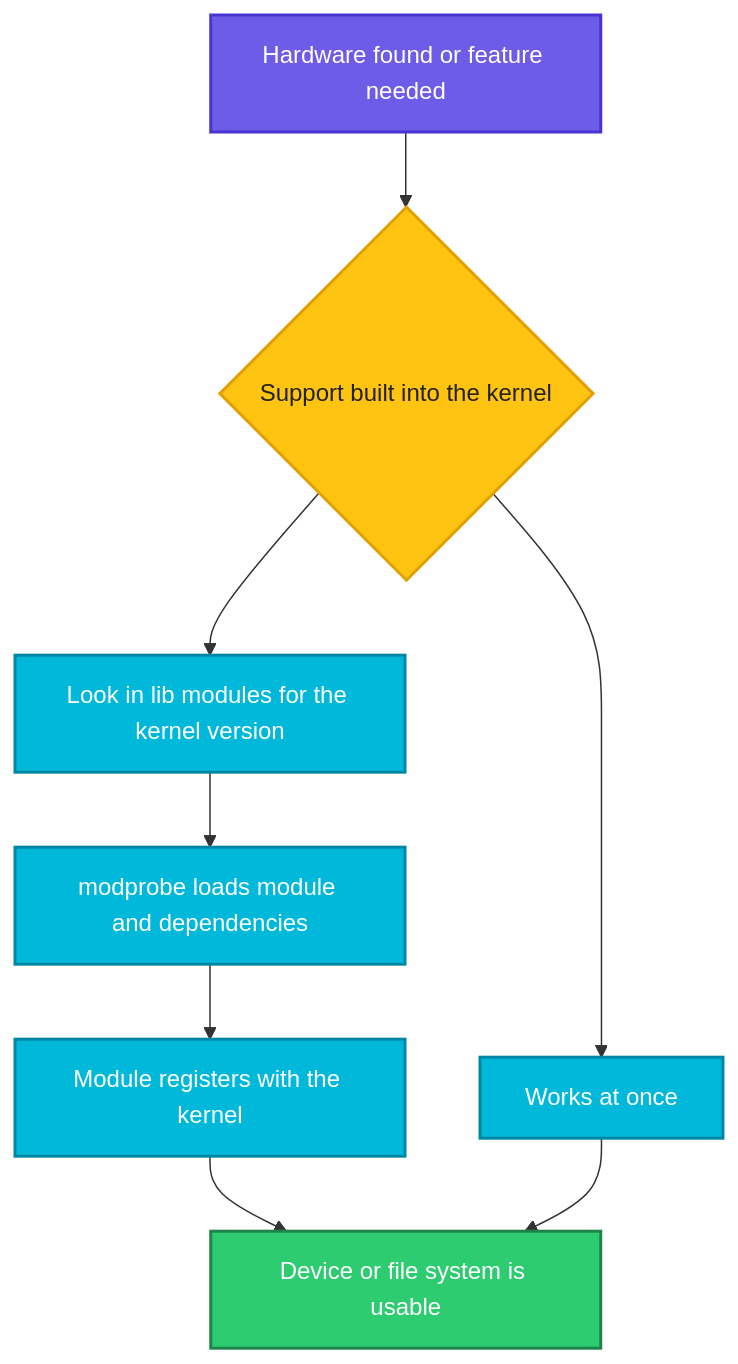
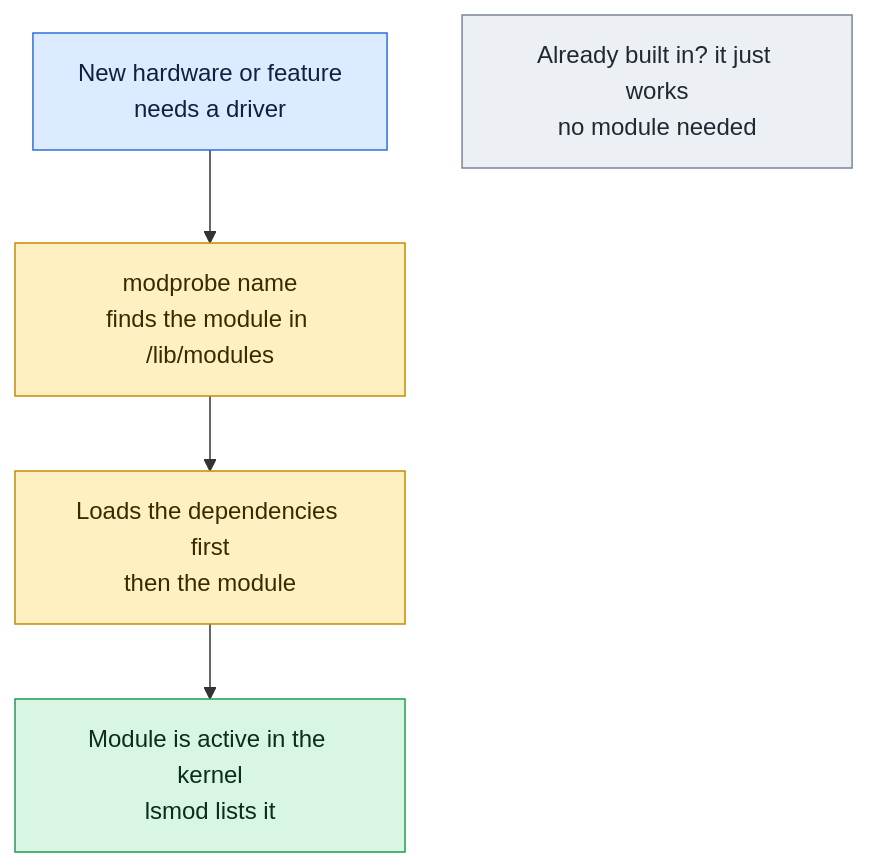
Before and after one commit to codeKerdosTech/DevOps-Documentation: the diagram in linux/os-internals/06-kernel-support-and-modules.md, drawn with Mermaid. The commit also changed other lines of this file and 165 other files, not shown here.

Commit message:
updated diagrams in linux

````diff
--- a/linux/os-internals/06-kernel-support-and-modules.md
+++ b/linux/os-internals/06-kernel-support-and-modules.md
@@ -23,19 +23,16 @@
 ```mermaid
 flowchart TD
-    A[Hardware found or feature needed] --> B{Support built into the kernel}
-    B --> C[Works at once]
-    B --> D[Look in lib modules for the kernel version]
-    D --> E[modprobe loads module and dependencies]
-    E --> F[Module registers with the kernel]
-    F --> G[Device or file system is usable]
-    C --> G
-    classDef start fill:#6C5CE7,stroke:#4834D4,stroke-width:2px,color:#fff
-    classDef proc fill:#00B8D9,stroke:#0087A8,stroke-width:2px,color:#fff
-    classDef dec fill:#FFC312,stroke:#E1A100,stroke-width:2px,color:#222
-    classDef ok fill:#2ECC71,stroke:#1E8449,stroke-width:2px,color:#fff
-    classDef out fill:#FD79A8,stroke:#E84393,stroke-width:2px,color:#fff
-    class A start
-    class B dec
-    class C,D,E,F proc
-    class G ok
+    i1[New hardware or feature<br/>needs a driver] --> c1[modprobe name<br/>finds the module in /lib/modules]
+    c1 --> c2[Loads the dependencies first<br/>then the module]
+    c2 --> o1[Module is active in the kernel<br/>lsmod lists it]
+    n1[Already built in? it just works<br/>no module needed]
+    classDef inp fill:#DCEBFF,stroke:#2F6FDE,color:#10213F
+    classDef cmd fill:#FFF0C2,stroke:#C98A00,color:#3A2A00
+    classDef out fill:#D9F5E3,stroke:#1F9D55,color:#0B2E1A
+    classDef bad fill:#FDE0E0,stroke:#D13B3B,color:#4A0F0F
+    classDef note fill:#ECEFF3,stroke:#7B8794,color:#1F2933
+    class i1 inp
+    class c1,c2 cmd
+    class o1 out
+    class n1 note
 ```
````
